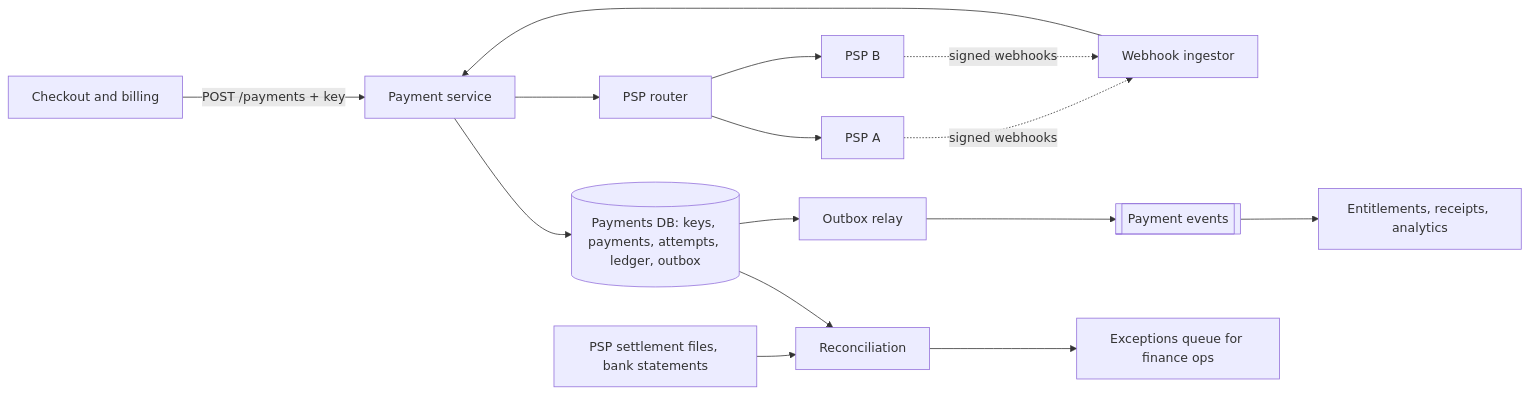
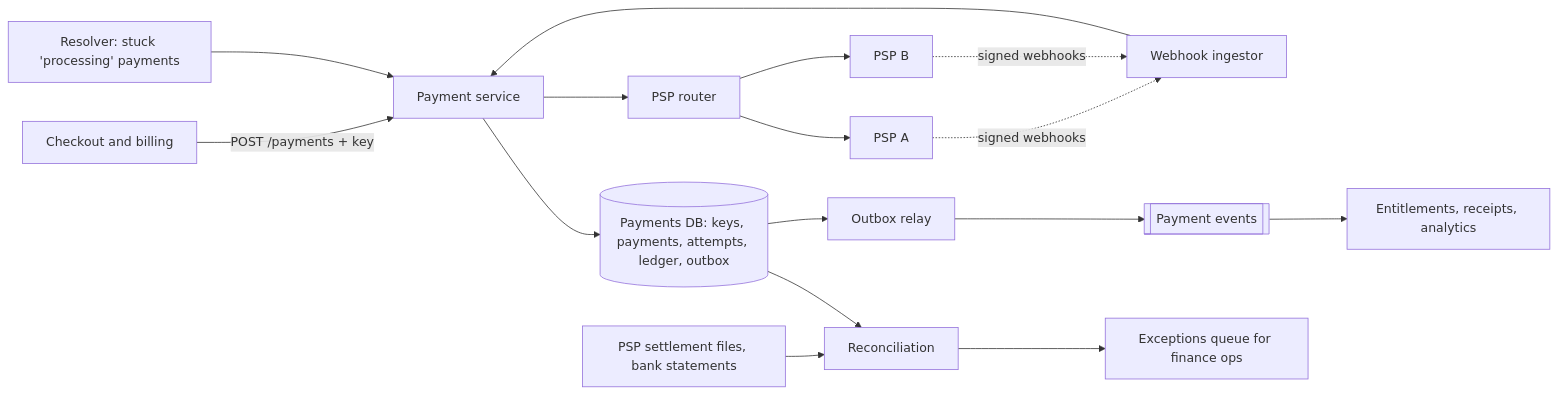
Before and after one commit to thull32/ascend: the diagram in content/tracks/09-system-design/03-case-studies/11-payment-system.md, drawn with Mermaid. The commit also changed other lines of this file and 9 other files, not shown here.

````diff
--- a/content/tracks/09-system-design/03-case-studies/11-payment-system.md
+++ b/content/tracks/09-system-design/03-case-studies/11-payment-system.md
@@ -99,17 +88,18 @@
 ```mermaid
 flowchart LR
   BILL["Checkout and billing"] -->|"POST /payments + key"| PAY["Payment service"]
   PAY --> DB[("Payments DB: keys, payments, attempts, ledger, outbox")]
   PAY --> RT["PSP router"]
   RT --> PA["PSP A"]
   RT --> PB["PSP B"]
   PA -.->|"signed webhooks"| WH["Webhook ingestor"]
   PB -.->|"signed webhooks"| WH
   WH --> PAY
+  RES["Resolver: stuck 'processing' payments"] --> PAY
   DB --> RL["Outbox relay"]
   RL --> K[["Payment events"]]
   K --> DS["Entitlements, receipts, analytics"]
   FILES["PSP settlement files, bank statements"] --> REC["Reconciliation"]
   DB --> REC
   REC --> OPS["Exceptions queue for finance ops"]
 ```
````
